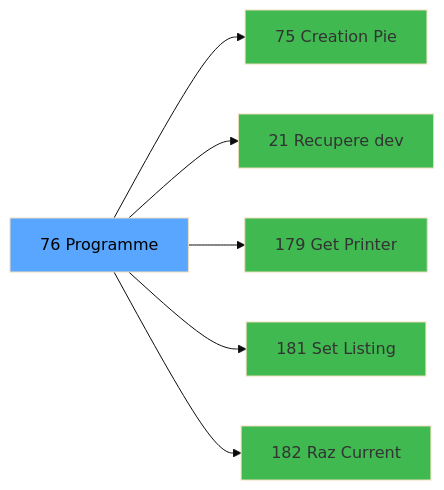
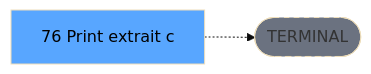
Before and after one commit to thonyAGP/lecteur-magic: the third of 3 diagrams in .openspec/renders/ADH-IDE-76.md, drawn with Mermaid (base theme). The commit also changed other lines of this file and 701 other files, not shown here.

````diff
--- a/.openspec/renders/ADH-IDE-76.md
+++ b/.openspec/renders/ADH-IDE-76.md
@@ -154,20 +142,8 @@
 ```mermaid
 graph LR
-    T[76 Programme]
-    C75[75 Creation Pie]
-    T --> C75
-    C21[21 Recupere dev]
-    T --> C21
-    C179[179 Get Printer]
-    T --> C179
-    C181[181 Set Listing ]
-    T --> C181
-    C182[182 Raz Current ]
-    T --> C182
+    T[76 Print extrait c]
+    TERM([TERMINAL])
+    T -.-> TERM
+    style TERM fill:#6b7280,stroke-dasharray: 5 5
     style T fill:#58a6ff,color:#000
-    style C75 fill:#3fb950
-    style C21 fill:#3fb950
-    style C179 fill:#3fb950
-    style C181 fill:#3fb950
-    style C182 fill:#3fb950
 ```
````
